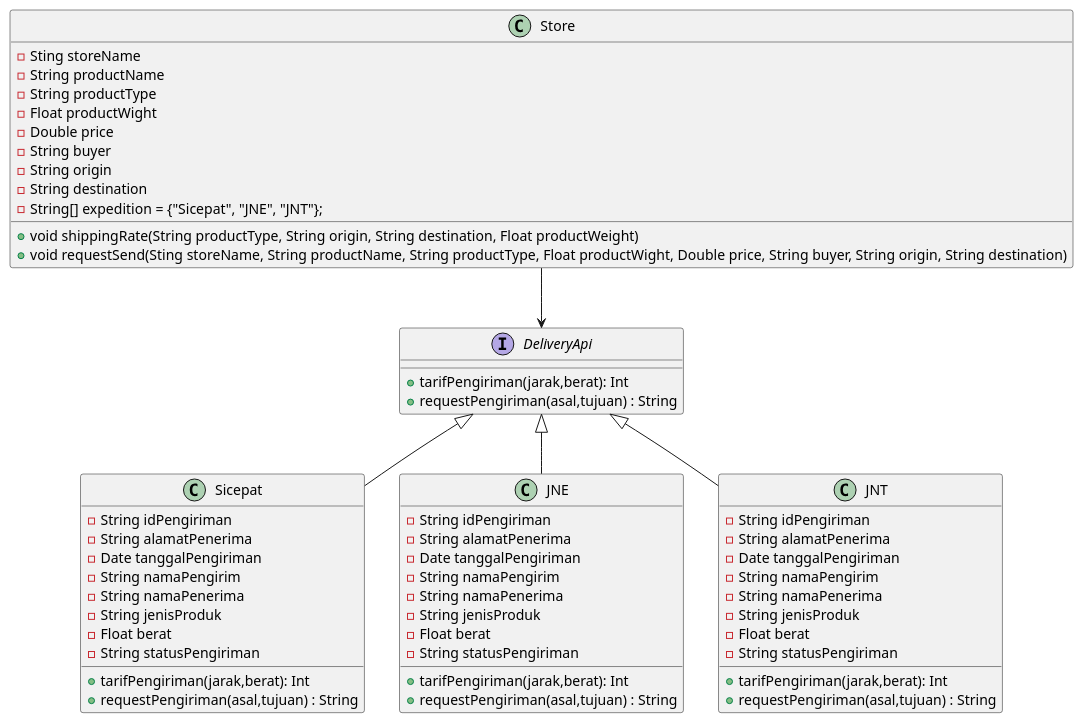
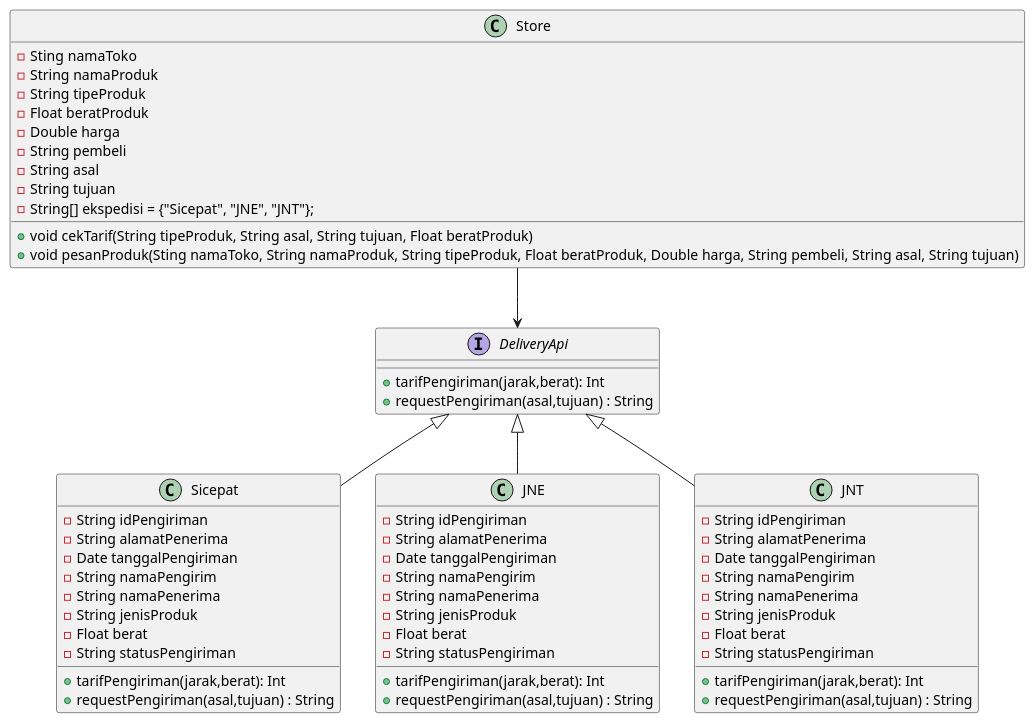
Before and after one commit to farhanzakiputra/pbpu-a-2022: the diagram in Kelompok 4/UML kelompok 4/UML Class Diagram Ecommerce.puml, drawn with PlantUML.

Commit message:
translate attribute & methode

```diff
--- a/Kelompok 4/UML kelompok 4/UML Class Diagram Ecommerce.puml
+++ b/Kelompok 4/UML kelompok 4/UML Class Diagram Ecommerce.puml
@@ -1,72 +1,72 @@
 @startuml E-commerce
 ' diagram style
 
 ' diagram relation
 DeliveryApi <|-- Sicepat
 DeliveryApi <|-- JNE
 DeliveryApi <|-- JNT
 Store --> DeliveryApi
 
 class Store{
-  -Sting storeName
-  -String productName
-  -String productType
-  -Float productWight
-  -Double price
-  -String buyer
-  -String origin
-  -String destination
-  -String[] expedition = {"Sicepat", "JNE", "JNT"};
+  -Sting namaToko
+  -String namaProduk
+  -String tipeProduk
+  -Float beratProduk
+  -Double harga
+  -String pembeli
+  -String asal
+  -String tujuan
+  -String[] ekspedisi = {"Sicepat", "JNE", "JNT"};
 
-  +void shippingRate(String productType, String origin, String destination, Float productWeight)
-  +void requestSend(Sting storeName, String productName, String productType, Float productWight, Double price, String buyer, String origin, String destination)
+  +void cekTarif(String tipeProduk, String asal, String tujuan, Float beratProduk)
+  +void pesanProduk(Sting namaToko, String namaProduk, String tipeProduk, Float beratProduk, Double harga, String pembeli, String asal, String tujuan)
 }
 
 interface DeliveryApi{
     +tarifPengiriman(jarak,berat): Int
     +requestPengiriman(asal,tujuan) : String
 }
 
 Class Sicepat{
     -String idPengiriman
 	  -String alamatPenerima
 	  -Date tanggalPengiriman
 	  -String namaPengirim 
 	  -String namaPenerima
 	  -String jenisProduk
 	  -Float berat
 	  -String statusPengiriman
   
     +tarifPengiriman(jarak,berat): Int
     +requestPengiriman(asal,tujuan) : String
 }
 
 Class JNE{
     -String idPengiriman
 	  -String alamatPenerima
 	  -Date tanggalPengiriman
 	  -String namaPengirim 
 	  -String namaPenerima
 	  -String jenisProduk
   	-Float berat
   	-String statusPengiriman
   
     +tarifPengiriman(jarak,berat): Int
     +requestPengiriman(asal,tujuan) : String
 }
 
 Class JNT{
     -String idPengiriman
 	  -String alamatPenerima
 	  -Date tanggalPengiriman
 	  -String namaPengirim 
 	  -String namaPenerima
 	  -String jenisProduk
 	  -Float berat
 	  -String statusPengiriman
   
     +tarifPengiriman(jarak,berat): Int
     +requestPengiriman(asal,tujuan) : String
 }
 
 @enduml
```
